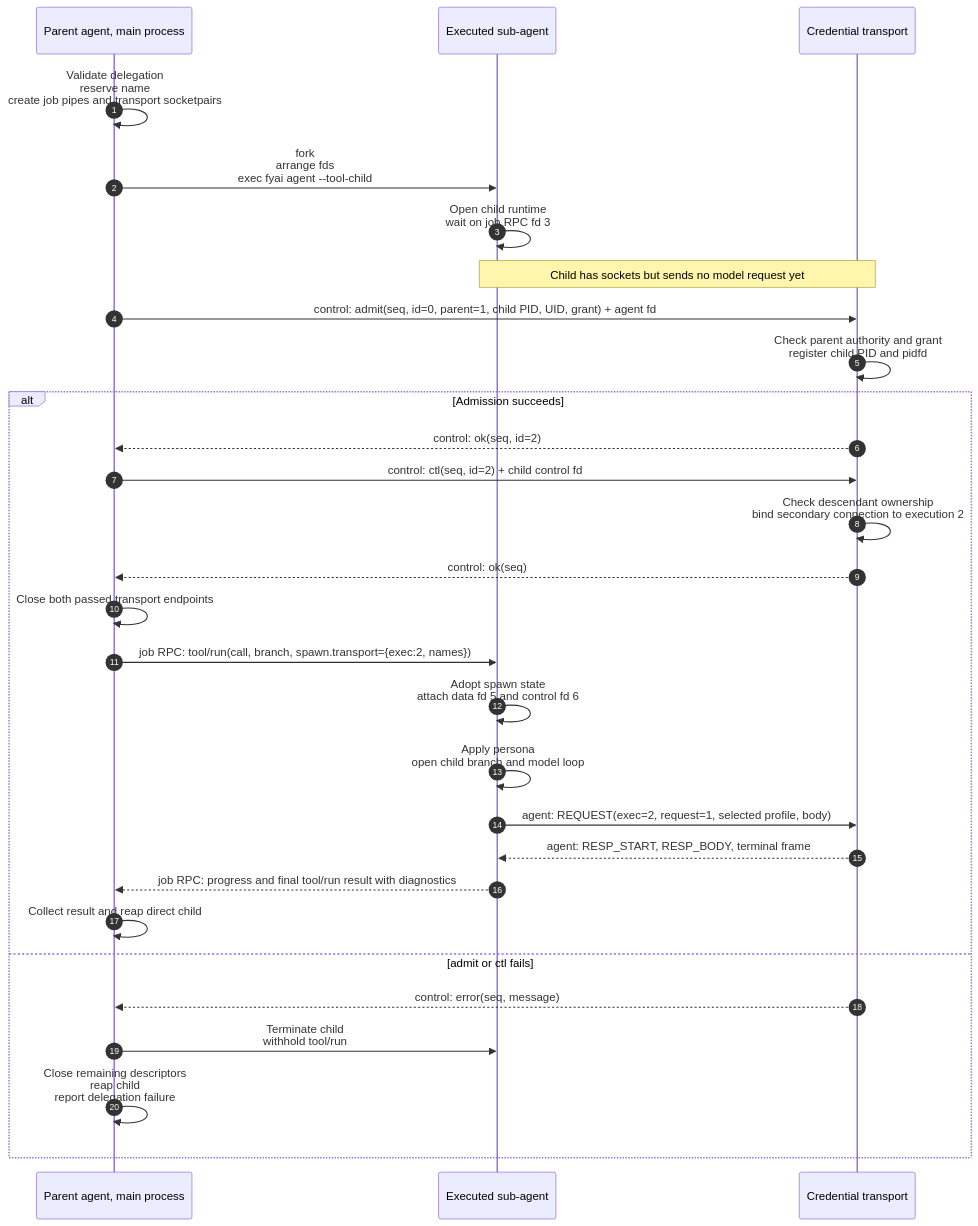
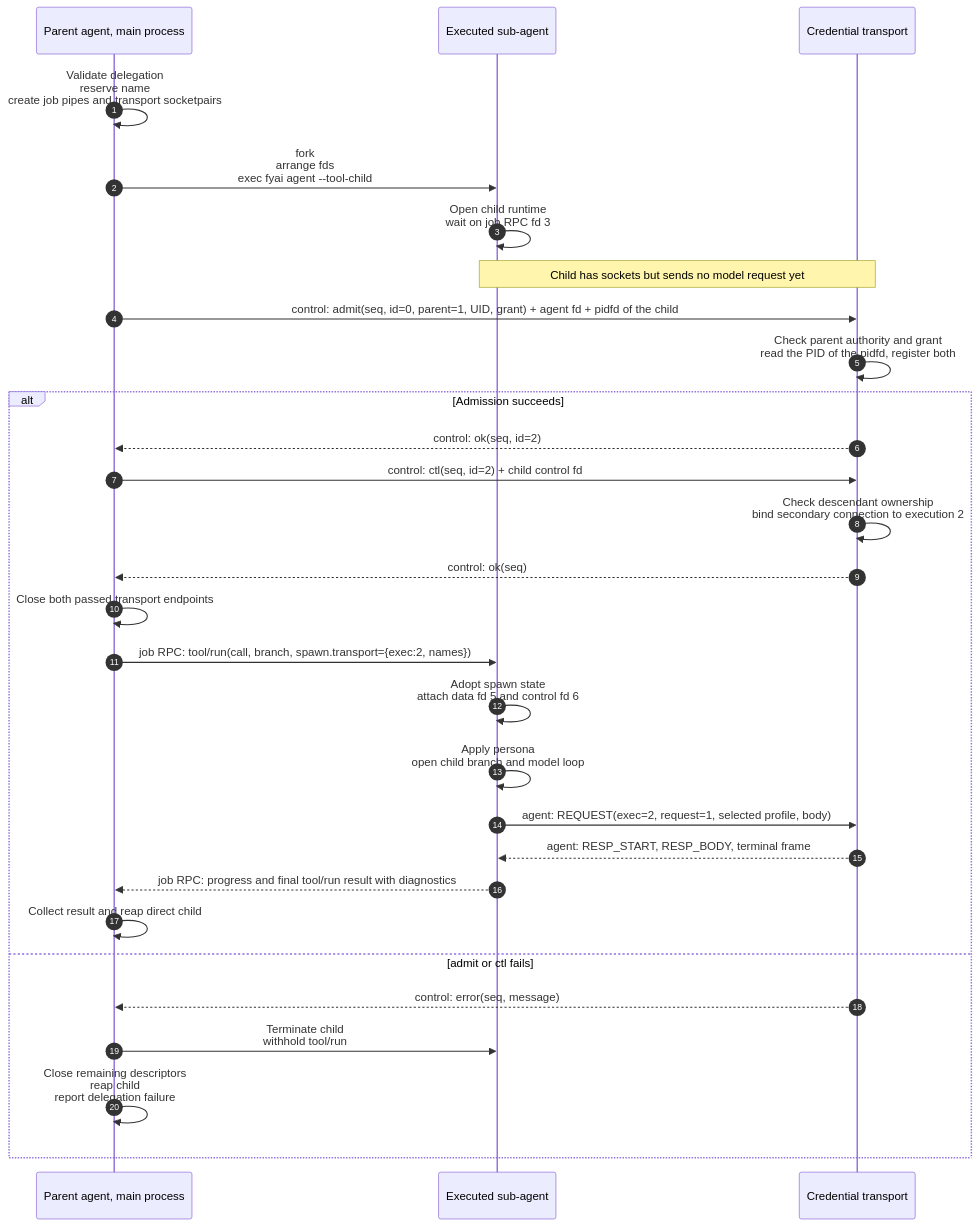
The fourth of 19 diagrams in doc/agent-transport-isolation-sdd.md (pantoniou/fyai), drawn with Mermaid before and after one commit. The commit also changed other lines of this file and 2 other files, not shown here.

````diff
--- a/doc/agent-transport-isolation-sdd.md
+++ b/doc/agent-transport-isolation-sdd.md
@@ -273,31 +274,31 @@
 ```mermaid
 sequenceDiagram
     autonumber
     participant M as Parent agent, main process
     participant A as Executed sub-agent
     participant T as Credential transport
     M->>M: Validate delegation<br/>reserve name<br/>create job pipes and transport socketpairs
     M->>A: fork<br/>arrange fds<br/>exec fyai agent --tool-child
     A->>A: Open child runtime<br/>wait on job RPC fd 3
     Note over A,T: Child has sockets but sends no model request yet
-    M->>T: control: admit(seq, id=0, parent=1, child PID, UID, grant) + agent fd
-    T->>T: Check parent authority and grant<br/>register child PID and pidfd
+    M->>T: control: admit(seq, id=0, parent=1, UID, grant) + agent fd + pidfd of the child
+    T->>T: Check parent authority and grant<br/>read the PID of the pidfd, register both
     alt Admission succeeds
         T-->>M: control: ok(seq, id=2)
         M->>T: control: ctl(seq, id=2) + child control fd
         T->>T: Check descendant ownership<br/>bind secondary connection to execution 2
         T-->>M: control: ok(seq)
         M->>M: Close both passed transport endpoints
         M->>A: job RPC: tool/run(call, branch, spawn.transport={exec:2, names})
         A->>A: Adopt spawn state<br/>attach data fd 5 and control fd 6
         A->>A: Apply persona<br/>open child branch and model loop
         A->>T: agent: REQUEST(exec=2, request=1, selected profile, body)
         T-->>A: agent: RESP_START, RESP_BODY, terminal frame
         A-->>M: job RPC: progress and final tool/run result with diagnostics
         M->>M: Collect result and reap direct child
     else admit or ctl fails
         T-->>M: control: error(seq, message)
         M->>A: Terminate child<br/>withhold tool/run
         M->>M: Close remaining descriptors<br/>reap child<br/>report delegation failure
     end
 ```
````
